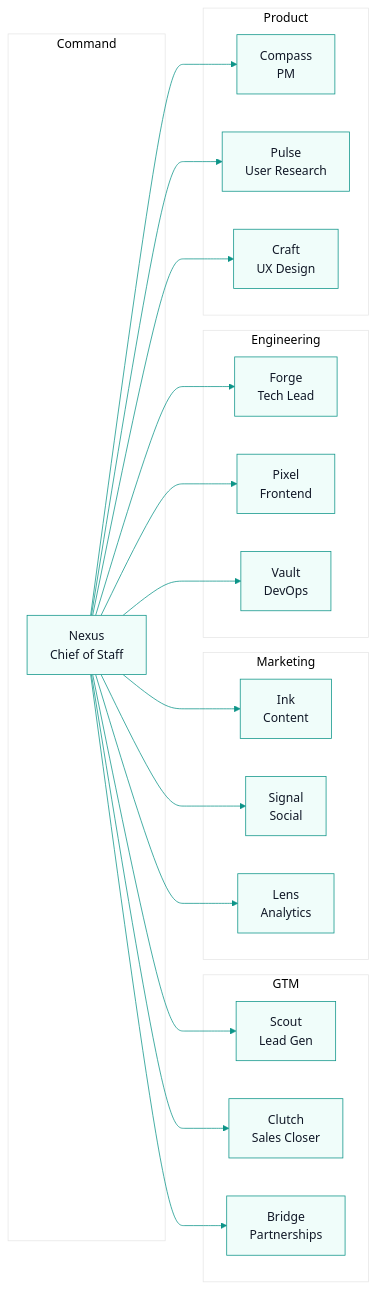
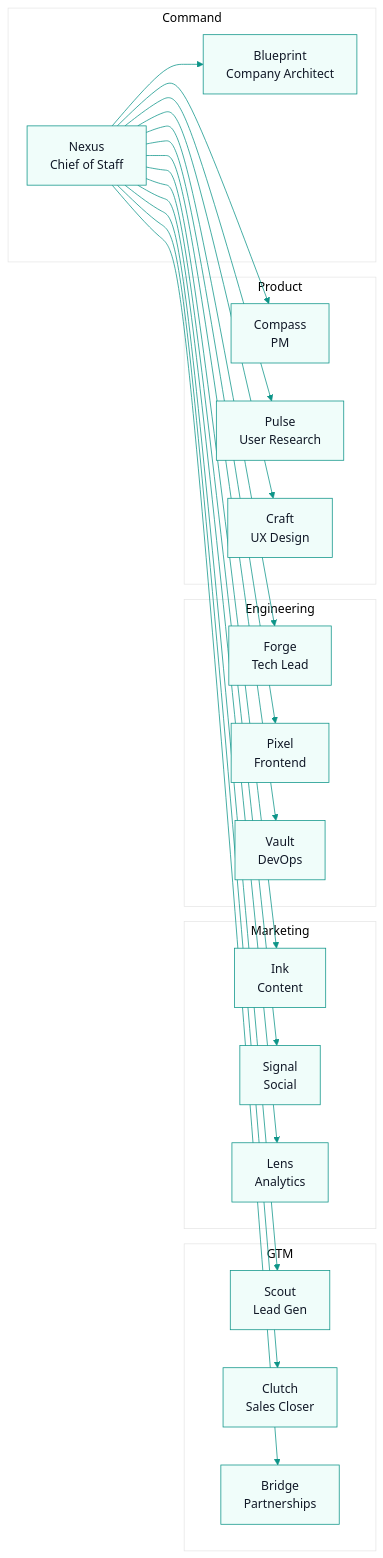
The second of 2 diagrams in os/README.md (kyrazolabs/CommissionKit), drawn with Mermaid before and after one commit. The commit also changed 5 other files, not shown here.

Commit message:
feat: add @blueprint agent — Company Architect for organizational design

````diff
--- a/os/README.md
+++ b/os/README.md
@@ -64,44 +64,46 @@
 ```mermaid
 %%{init: {'theme': 'base', 'themeVariables': { 'primaryColor': '#F0FDFA', 'primaryTextColor': '#111827', 'primaryBorderColor': '#0D9488', 'lineColor': '#0D9488', 'secondaryColor': '#F3F4F6', 'tertiaryColor': '#FFFFFF' }}}%%
 graph LR
     subgraph Command
         NEXUS["Nexus<br/>Chief of Staff"]
+        BLUEPRINT["Blueprint<br/>Company Architect"]
     end
 
     subgraph GTM
         SCOUT["Scout<br/>Lead Gen"]
         CLUTCH["Clutch<br/>Sales Closer"]
         BRIDGE["Bridge<br/>Partnerships"]
     end
 
     subgraph Marketing
         INK["Ink<br/>Content"]
         SIGNAL["Signal<br/>Social"]
         LENS["Lens<br/>Analytics"]
     end
 
     subgraph Engineering
         FORGE["Forge<br/>Tech Lead"]
         PIXEL["Pixel<br/>Frontend"]
         VAULT["Vault<br/>DevOps"]
     end
 
     subgraph Product
         COMPASS["Compass<br/>PM"]
         PULSE["Pulse<br/>User Research"]
         CRAFT["Craft<br/>UX Design"]
     end
 
+    NEXUS --> BLUEPRINT
     NEXUS --> SCOUT
     NEXUS --> CLUTCH
     NEXUS --> BRIDGE
     NEXUS --> INK
     NEXUS --> SIGNAL
     NEXUS --> LENS
     NEXUS --> FORGE
     NEXUS --> PIXEL
     NEXUS --> VAULT
     NEXUS --> COMPASS
     NEXUS --> PULSE
     NEXUS --> CRAFT
 ```
````
